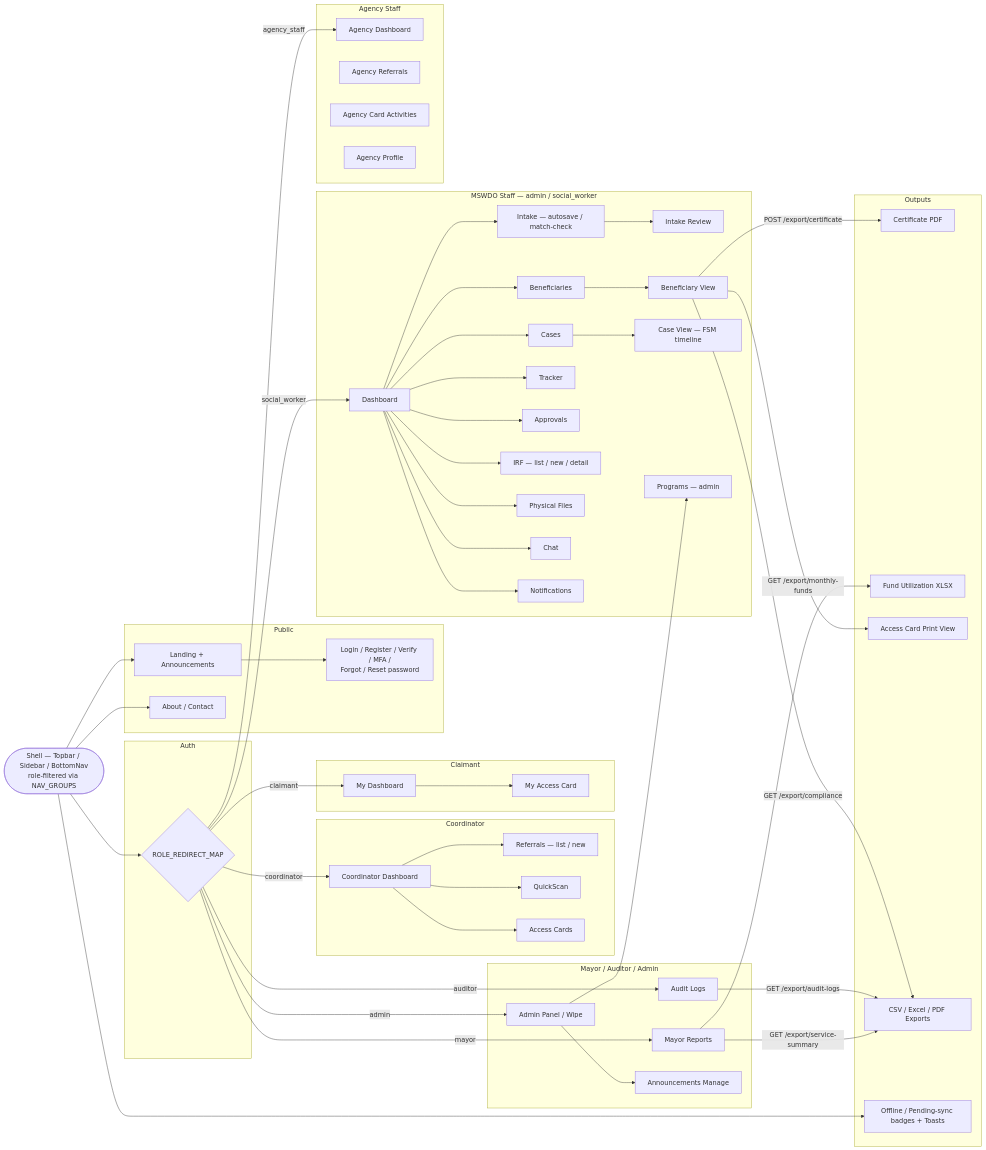
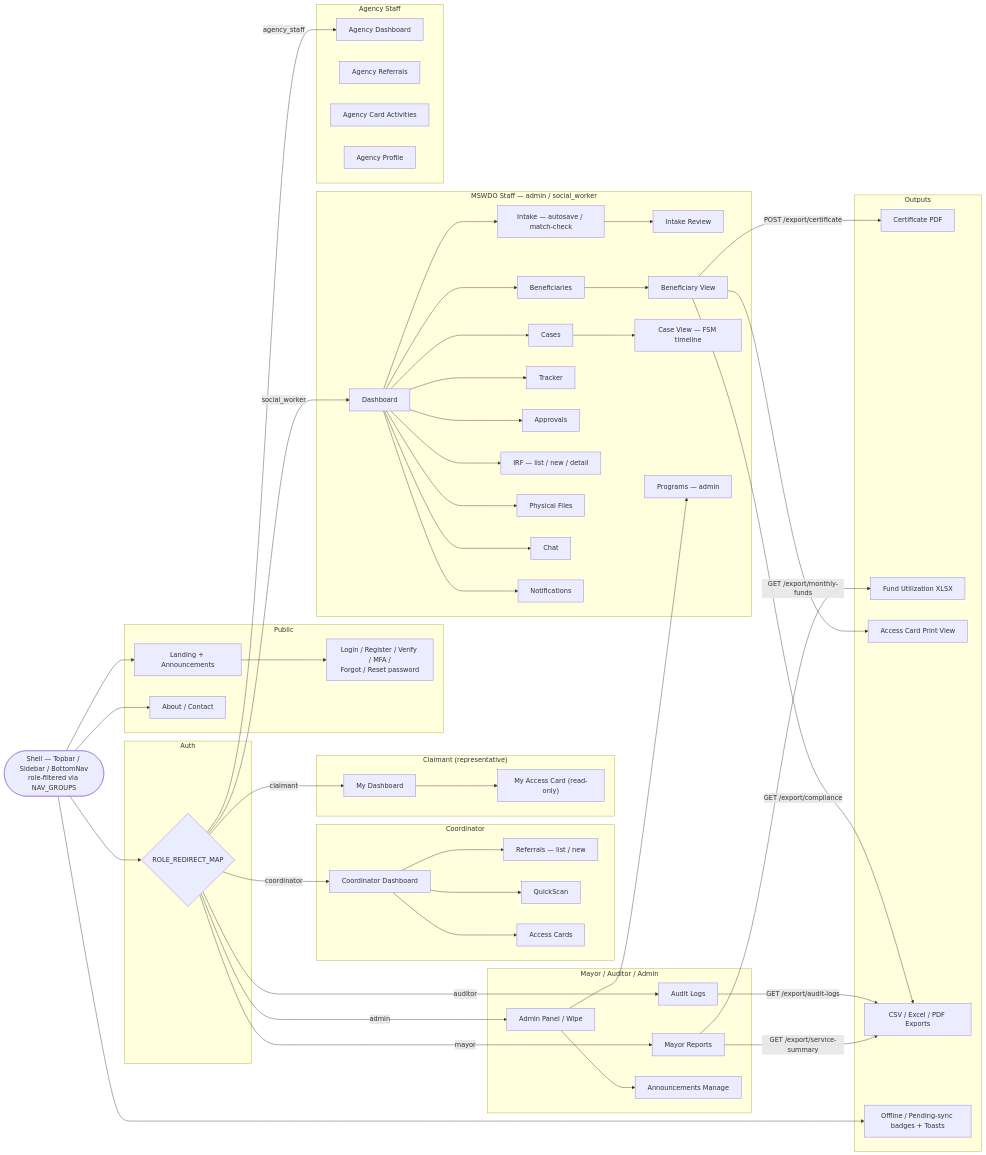
Before and after one commit to urlsalimbot/THESIS1-KAPWA: the first of 2 diagrams in docs/diagrams/05-output-and-user-interface.md, drawn with Mermaid. The commit also changed other lines of this file and 17 other files, not shown here.

```diff
--- a/docs/diagrams/05-output-and-user-interface.md
+++ b/docs/diagrams/05-output-and-user-interface.md
@@ -89,9 +89,9 @@
         CC["Access Cards"]
     end
 
-    subgraph CLAIM["Claimant"]
+    subgraph CLAIM["Claimant (representative)"]
         MD["My Dashboard"]
-        MC["My Access Card"]
+        MC["My Access Card (read-only)"]
     end
 
     subgraph OV["Mayor / Auditor / Admin"]
```
